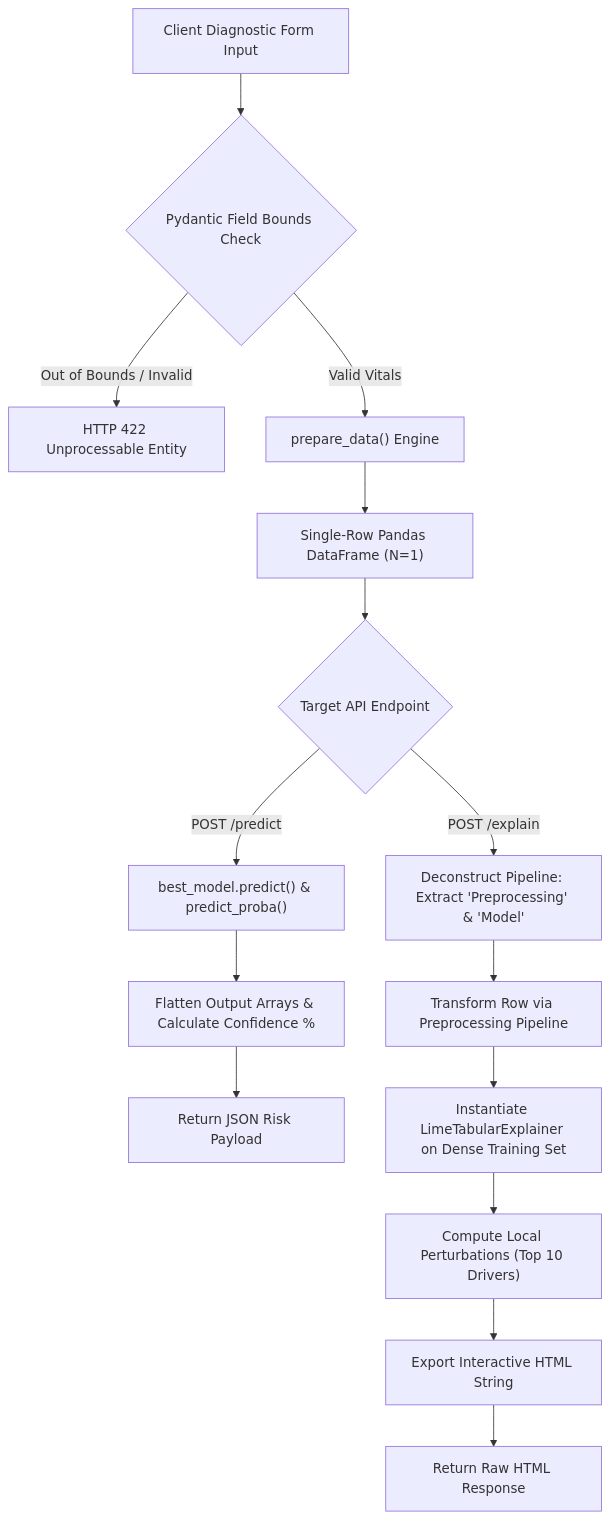
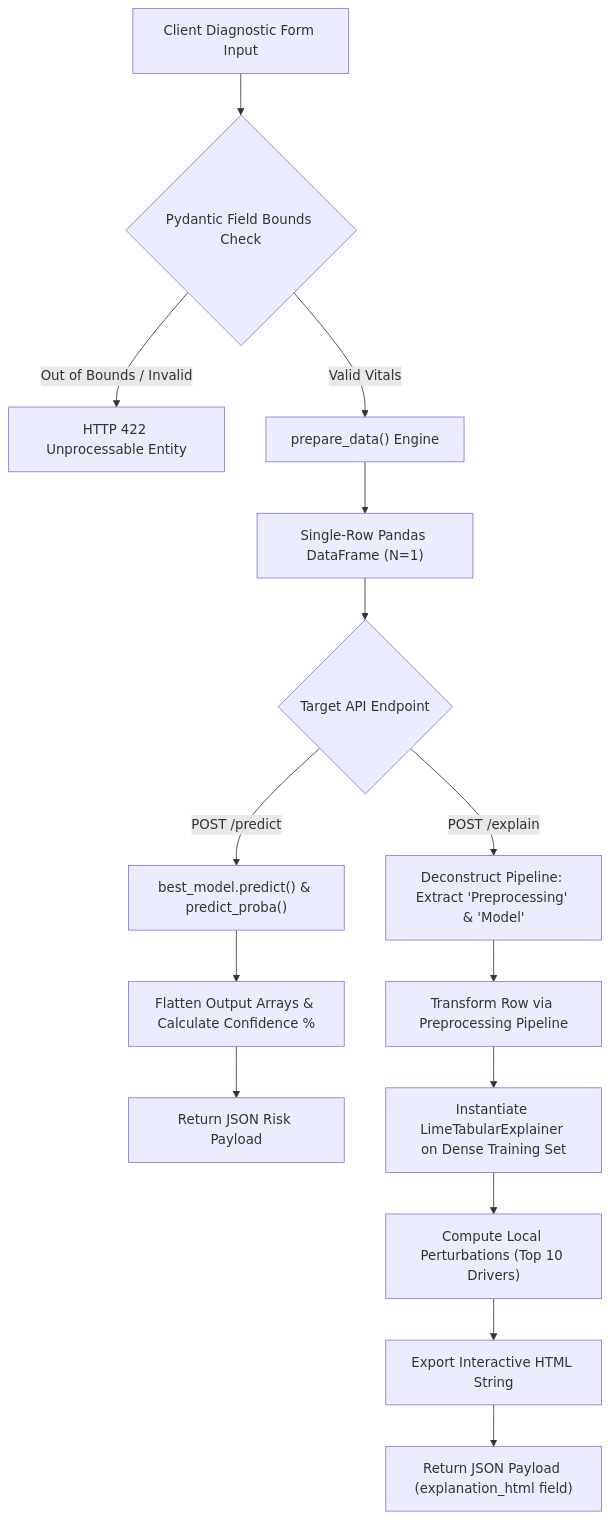
One commit to viochris/Maternal-Health-Risk-API changed the diagram in README.md. Above: the diagram before and after it, drawn with Mermaid. The commit also changed other lines of this file, not shown here.

````diff
--- a/README.md
+++ b/README.md
@@ -105,19 +105,19 @@
 ```mermaid
 graph TD
     A["Client Diagnostic Form Input"] --> B{"Pydantic Field Bounds Check"}
     B -- "Out of Bounds / Invalid" --> C["HTTP 422 Unprocessable Entity"]
     B -- "Valid Vitals" --> D["prepare_data() Engine"]
     D --> E["Single-Row Pandas DataFrame (N=1)"]
     E --> F{"Target API Endpoint"}
     
     F -- "POST /predict" --> G["best_model.predict() & predict_proba()"]
     G --> H["Flatten Output Arrays & Calculate Confidence %"]
     H --> I["Return JSON Risk Payload"]
     
     F -- "POST /explain" --> J["Deconstruct Pipeline: Extract 'Preprocessing' & 'Model'"]
     J --> K["Transform Row via Preprocessing Pipeline"]
     K --> L["Instantiate LimeTabularExplainer on Dense Training Set"]
     L --> M["Compute Local Perturbations (Top 10 Drivers)"]
     M --> N["Export Interactive HTML String"]
-    N --> O["Return Raw HTML Response"]
+    N --> O["Return JSON Payload (explanation_html field)"]
 ```
````
